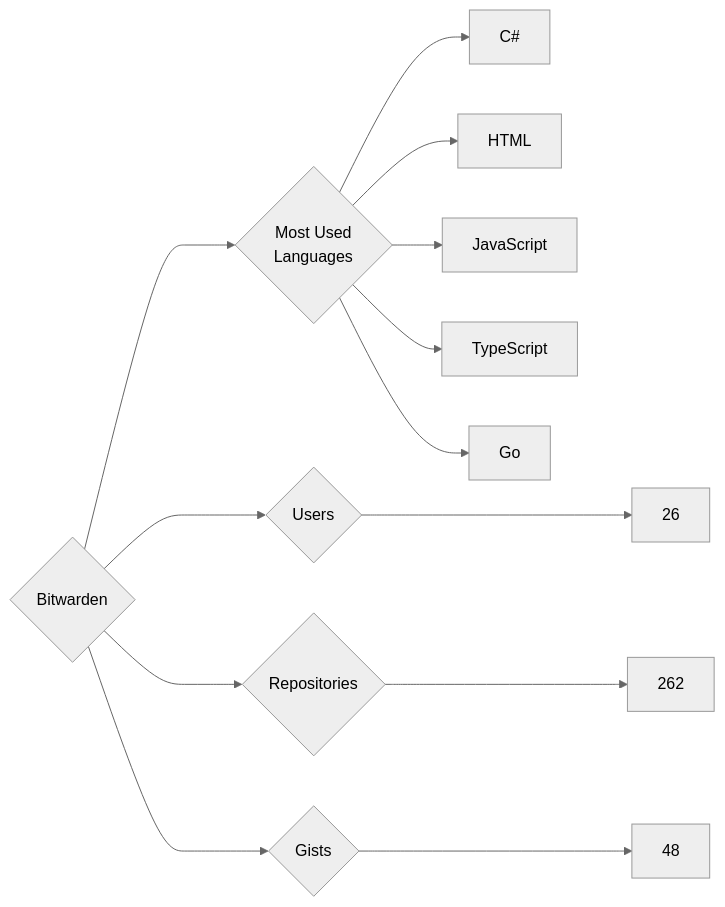
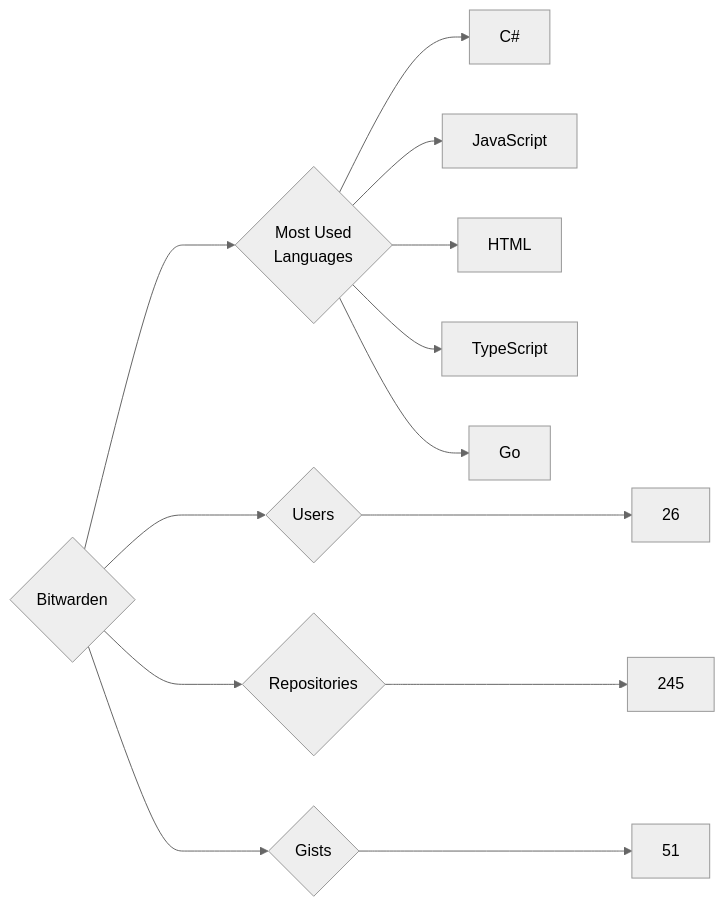
Before and after one commit to trickest/insiders: the diagram in targets/Bitwarden/README.md, drawn with Mermaid (neutral theme). The commit also changed 745 other files, not shown here.

````diff
--- a/targets/Bitwarden/README.md
+++ b/targets/Bitwarden/README.md
@@ -3,13 +3,13 @@
 ```mermaid
 graph LR
 COMPANY_NAME{Bitwarden}
 COMPANY_NAME ---> U{Users} ---> UN[26]
-COMPANY_NAME ---> R{Repositories} ---> RN[262]
-COMPANY_NAME ---> G{Gists} ---> GN[48]
+COMPANY_NAME ---> R{Repositories} ---> RN[245]
+COMPANY_NAME ---> G{Gists} ---> GN[51]
 COMPANY_NAME ---> ML{Most Used<br>Languages}
 ML --> C#[C#]
+ML --> JavaScript[JavaScript]
 ML --> HTML[HTML]
-ML --> JavaScript[JavaScript]
 ML --> TypeScript[TypeScript]
 ML --> Go[Go]
 ```
````
